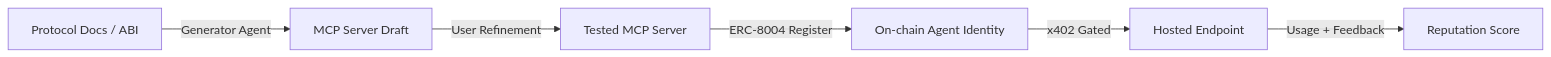
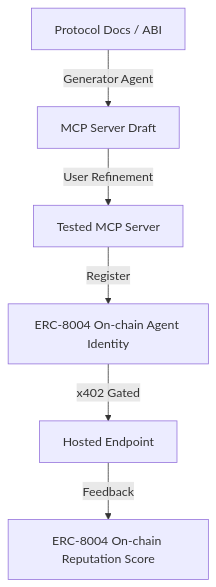
The first of 2 diagrams in README.md (imajus/cryptopus), drawn with Mermaid before and after one commit. The commit also changed other lines of this file, not shown here.

First line of the commit message:
Revise README with updated diagram and content removal

````diff
--- a/README.md
+++ b/README.md
@@ -13,8 +13,8 @@
 ```mermaid
-graph LR
+graph TB
     A[Protocol Docs / ABI] -->|Generator Agent| B[MCP Server Draft]
     B -->|User Refinement| C[Tested MCP Server]
-    C -->|ERC-8004 Register| D[On-chain Agent Identity]
+    C -->|Register| D[ERC-8004 On-chain Agent Identity]
     D -->|x402 Gated| E[Hosted Endpoint]
-    E -->|Usage + Feedback| F[Reputation Score]
+    E -->|Feedback| F[ERC-8004 On-chain Reputation Score]
 ```
````
